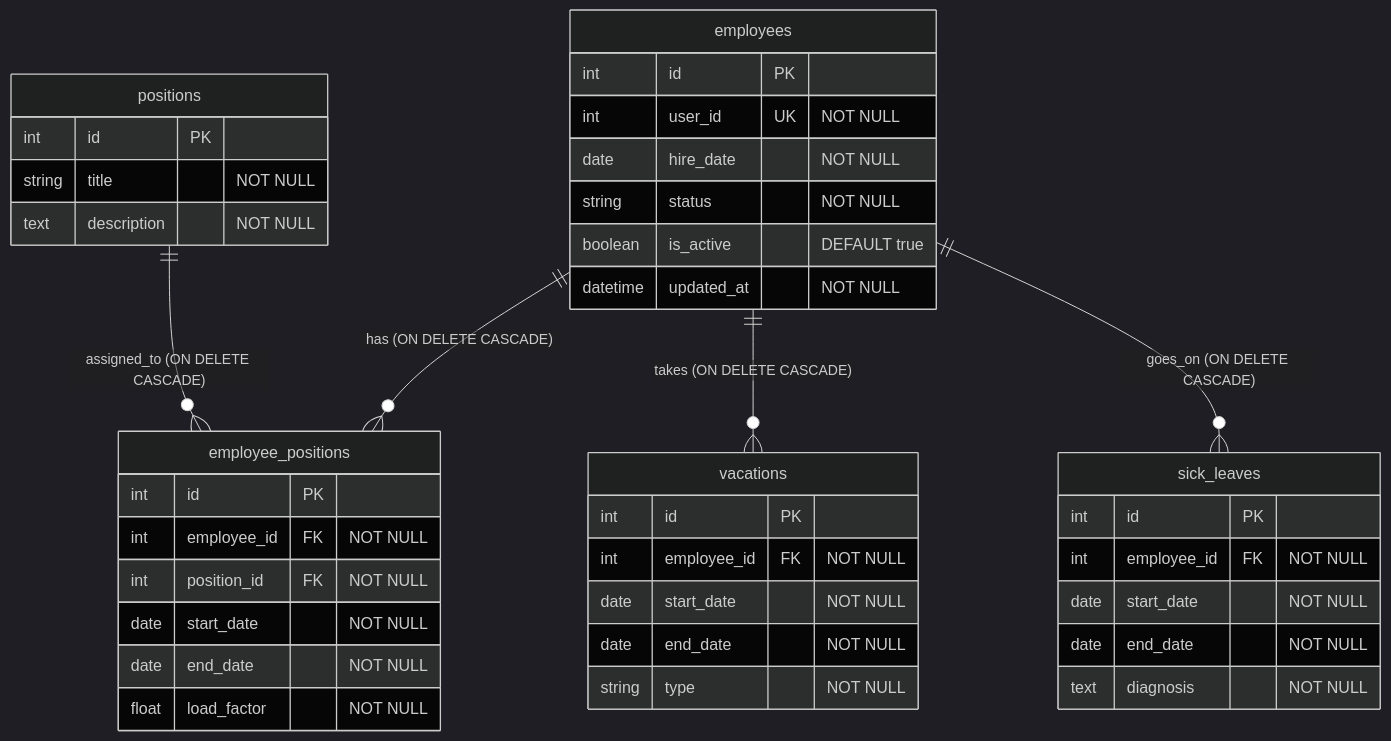
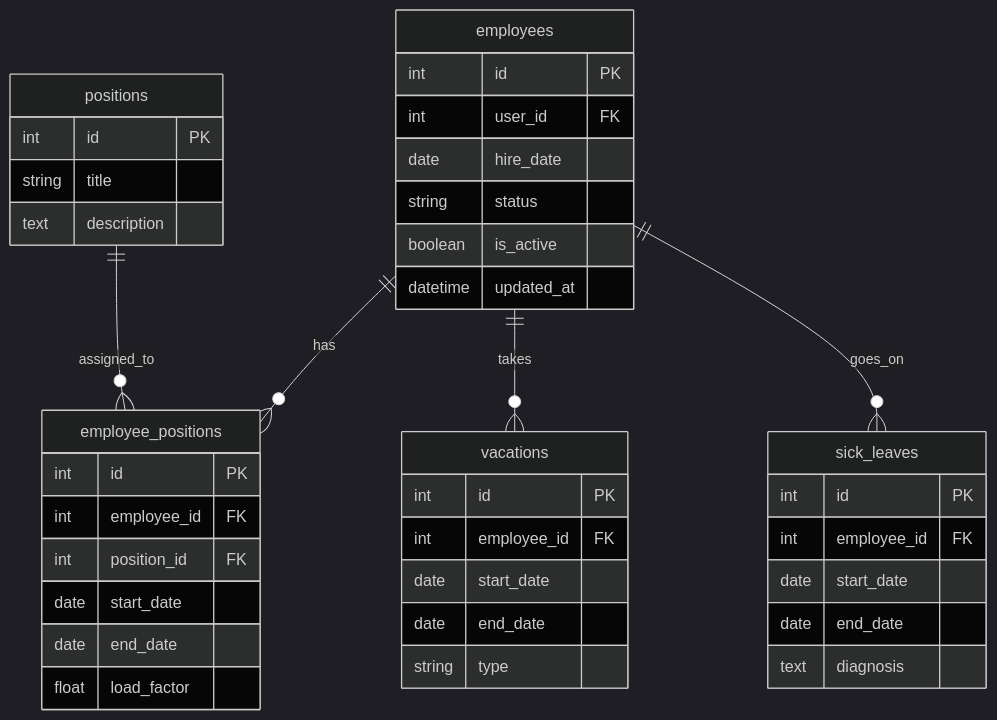
The diagram in S10/doc.md (YuriSilenok/KPK_UP2_24-1P11), drawn with Mermaid (dark theme) before and after one commit. The commit also changed other lines of this file, not shown here.

````diff
--- a/S10/doc.md
+++ b/S10/doc.md
@@ -113,43 +114,43 @@
 ```mermaid
 erDiagram
     employees {
         int id PK
-        int user_id UK "NOT NULL"
-        date hire_date "NOT NULL"
-        string status "NOT NULL"
-        boolean is_active "DEFAULT true"
-        datetime updated_at "NOT NULL"
+        int user_id FK
+        date hire_date
+        string status
+        boolean is_active
+        datetime updated_at
     }
     positions {
         int id PK
-        string title "NOT NULL"
-        text description "NOT NULL"
+        string title
+        text description
     }
     employee_positions {
         int id PK
-        int employee_id FK "NOT NULL"
-        int position_id FK "NOT NULL"
-        date start_date "NOT NULL"
-        date end_date "NOT NULL"
-        float load_factor "NOT NULL"
+        int employee_id FK
+        int position_id FK
+        date start_date
+        date end_date
+        float load_factor
     }
     vacations {
         int id PK
-        int employee_id FK "NOT NULL"
-        date start_date "NOT NULL"
-        date end_date "NOT NULL"
-        string type "NOT NULL"
+        int employee_id FK
+        date start_date
+        date end_date
+        string type
     }
     sick_leaves {
         int id PK
-        int employee_id FK "NOT NULL"
-        date start_date "NOT NULL"
-        date end_date "NOT NULL"
-        text diagnosis "NOT NULL"
+        int employee_id FK
+        date start_date
+        date end_date
+        text diagnosis
     }
 
-    employees ||--o{ employee_positions : "has (ON DELETE CASCADE)"
-    positions ||--o{ employee_positions : "assigned_to (ON DELETE CASCADE)"
-    employees ||--o{ vacations : "takes (ON DELETE CASCADE)"
-    employees ||--o{ sick_leaves : "goes_on (ON DELETE CASCADE)"
+    employees ||--o{ employee_positions : "has"
+    positions ||--o{ employee_positions : "assigned_to"
+    employees ||--o{ vacations : "takes"
+    employees ||--o{ sick_leaves : "goes_on"
 ```
````
